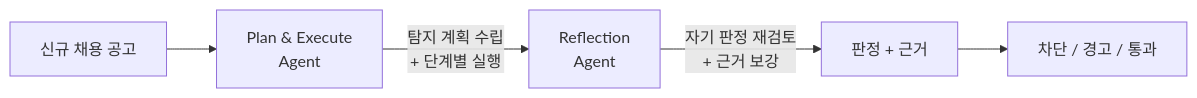
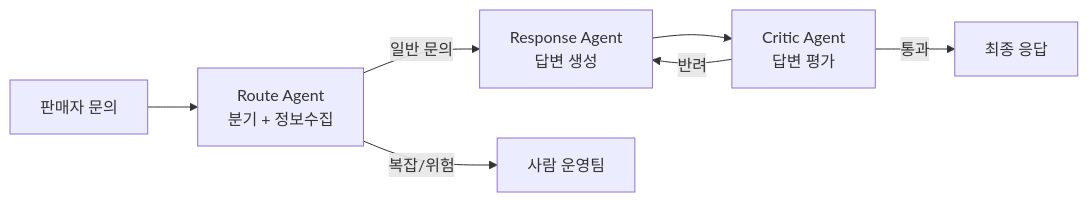
One commit to imakerjun/effective-ai-coding-sds changed the third of 3 diagrams in content/part-2-what/multi-agent.mdx. Above: the diagram before and after it, drawn with Mermaid. The commit also changed other lines of this file and 1 other file, not shown here.

Commit message:
add _meta.ts,update multi-agent.mdx

````diff
--- a/content/part-2-what/multi-agent.mdx
+++ b/content/part-2-what/multi-agent.mdx
@@ -170,7 +170,9 @@
 ```mermaid
 flowchart LR
-    Post[신규 채용 공고] --> Plan[Plan & Execute<br/>Agent]
-    Plan -->|"탐지 계획 수립<br/>+ 단계별 실행"| Reflect[Reflection<br/>Agent]
-    Reflect -->|"자기 판정 재검토<br/>+ 근거 보강"| Verdict[판정 + 근거]
-    Verdict --> Action[차단 / 경고 / 통과]
+    User[판매자 문의] --> Route[Route Agent<br/>분기 + 정보수집]
+    Route -->|"일반 문의"| Response[Response Agent<br/>답변 생성]
+    Route -->|"복잡/위험"| Human[사람 운영팀]
+    Response --> Critic[Critic Agent<br/>답변 평가]
+    Critic -->|통과| Out[최종 응답]
+    Critic -->|반려| Response
 ```
````
